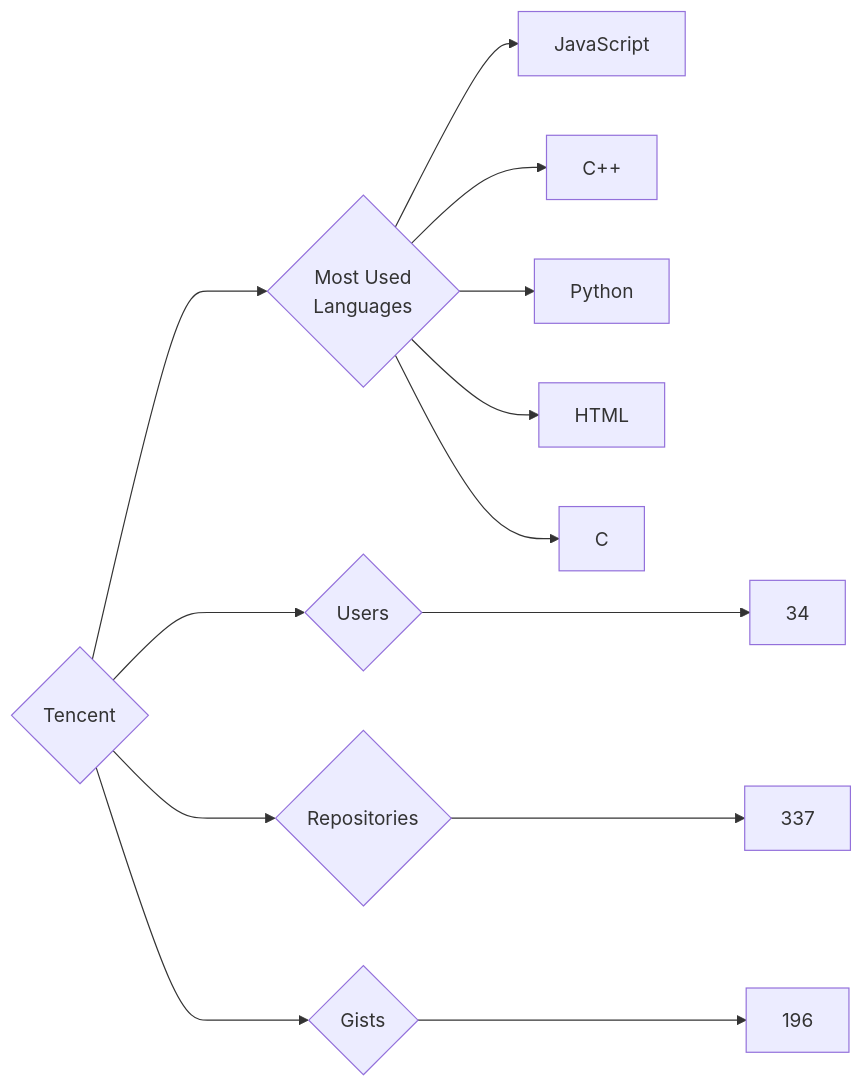
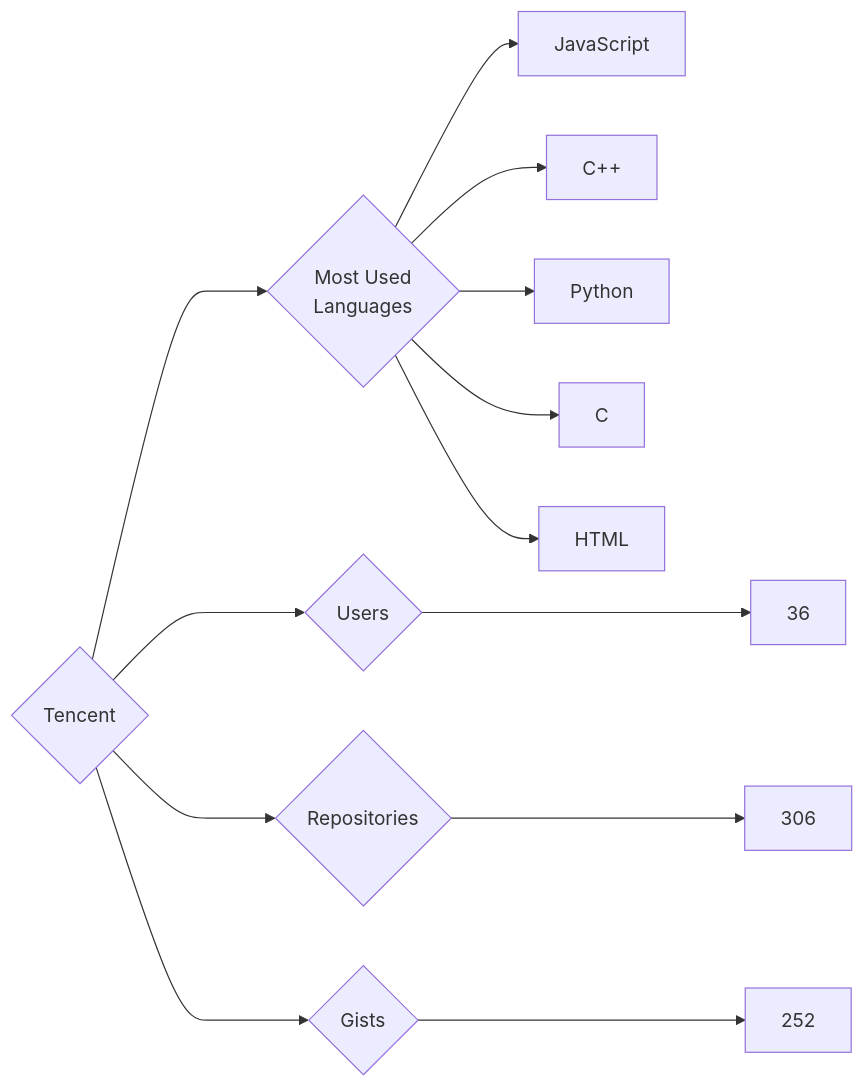
Before and after one commit to trickest/insiders: the diagram in targets/Tencent/README.md, drawn with Mermaid. The commit also changed 799 other files, not shown here.

````diff
--- a/targets/Tencent/README.md
+++ b/targets/Tencent/README.md
@@ -3,13 +3,13 @@
 ```mermaid
 graph LR
 COMPANY_NAME{Tencent}
-COMPANY_NAME ---> U{Users} ---> UN[34]
-COMPANY_NAME ---> R{Repositories} ---> RN[337]
-COMPANY_NAME ---> G{Gists} ---> GN[196]
+COMPANY_NAME ---> U{Users} ---> UN[36]
+COMPANY_NAME ---> R{Repositories} ---> RN[306]
+COMPANY_NAME ---> G{Gists} ---> GN[252]
 COMPANY_NAME ---> ML{Most Used<br>Languages}
 ML --> JavaScript[JavaScript]
 ML --> C++[C++]
 ML --> Python[Python]
+ML --> C[C]
 ML --> HTML[HTML]
-ML --> C[C]
 ```
````
